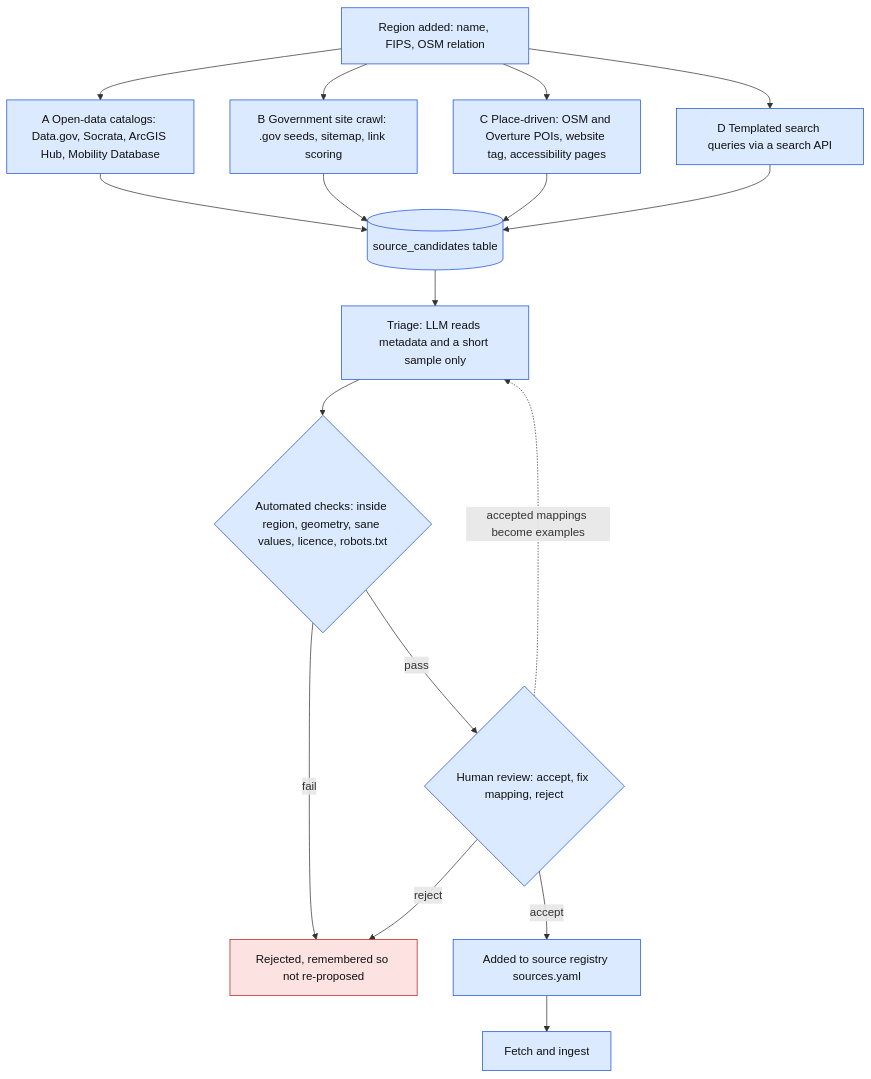
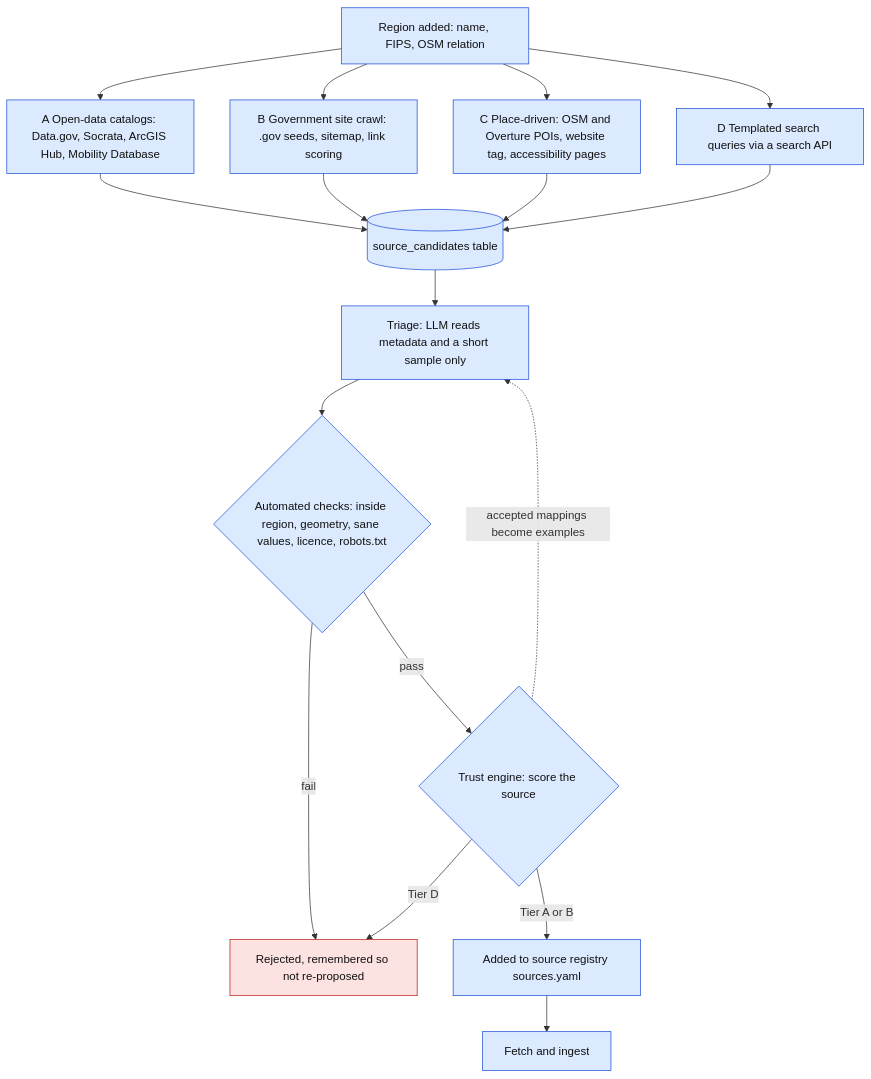
Before and after one commit to zenaism/accessibility-map: the third of 12 diagrams in docs/architecture.md, drawn with Mermaid. The commit also changed other lines of this file and 15 other files, not shown here.

````diff
--- a/docs/architecture.md
+++ b/docs/architecture.md
@@ -62,23 +52,23 @@
 ```mermaid
 flowchart TB
   R["Region added: name, FIPS, OSM relation"]
   R --> A & B & C & D
   A["A Open-data catalogs: Data.gov, Socrata, ArcGIS Hub, Mobility Database"]
   B["B Government site crawl: .gov seeds, sitemap, link scoring"]
   C["C Place-driven: OSM and Overture POIs, website tag, accessibility pages"]
   D["D Templated search queries via a search API"]
   A & B & C & D --> CAND[("source_candidates table")]
   CAND --> T["Triage: LLM reads metadata and a short sample only"]
   T --> V{"Automated checks: inside region, geometry, sane values, licence, robots.txt"}
   V -- fail --> REJ["Rejected, remembered so not re-proposed"]
-  V -- pass --> H{"Human review: accept, fix mapping, reject"}
-  H -- reject --> REJ
-  H -- accept --> REG["Added to source registry sources.yaml"]
+  V -- pass --> H{"Trust engine: score the source"}
+  H -- "Tier D" --> REJ
+  H -- "Tier A or B" --> REG["Added to source registry sources.yaml"]
   REG --> F["Fetch and ingest"]
   H -. accepted mappings become examples .-> T
 
   classDef planned fill:#dbeafe,stroke:#1d4ed8,color:#111
   class R,A,B,C,D,CAND,T,V,H,REG,F planned
   classDef bad fill:#fde2e2,stroke:#b91c1c,color:#111
   class REJ bad
 ```
````
